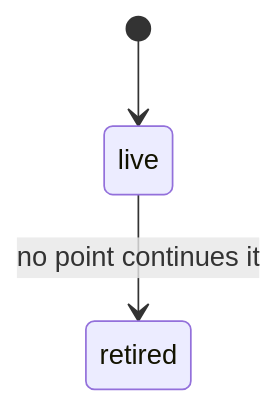
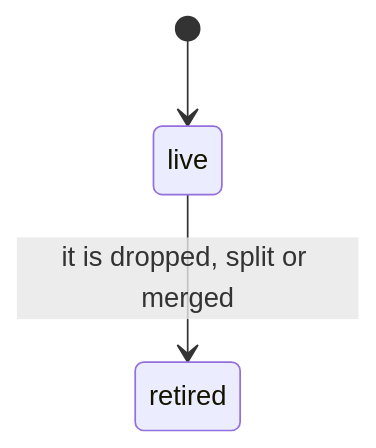
The third of 4 diagrams in tech-docs/analysis/core/domain-model/010-the-system-and-its-methodology.md (aleskalfas/project-kit), drawn with Mermaid before and after one commit. The commit also changed other lines of this file and 1 other file, not shown here.

````diff
--- a/tech-docs/analysis/core/domain-model/010-the-system-and-its-methodology.md
+++ b/tech-docs/analysis/core/domain-model/010-the-system-and-its-methodology.md
@@ -155,7 +157,7 @@
 ```mermaid
 stateDiagram-v2
-  accTitle: The states of a point
-  accDescr: A point is live until no point continues what it says, then retired. A retired point never returns.
+  accTitle: The states of a point written as a heading
+  accDescr: A point is live until it is dropped, split or merged, and then retired. A retired point never returns.
   [*] --> live
-  live --> retired : no point continues it
+  live --> retired : it is dropped, split or merged
 ```
````
